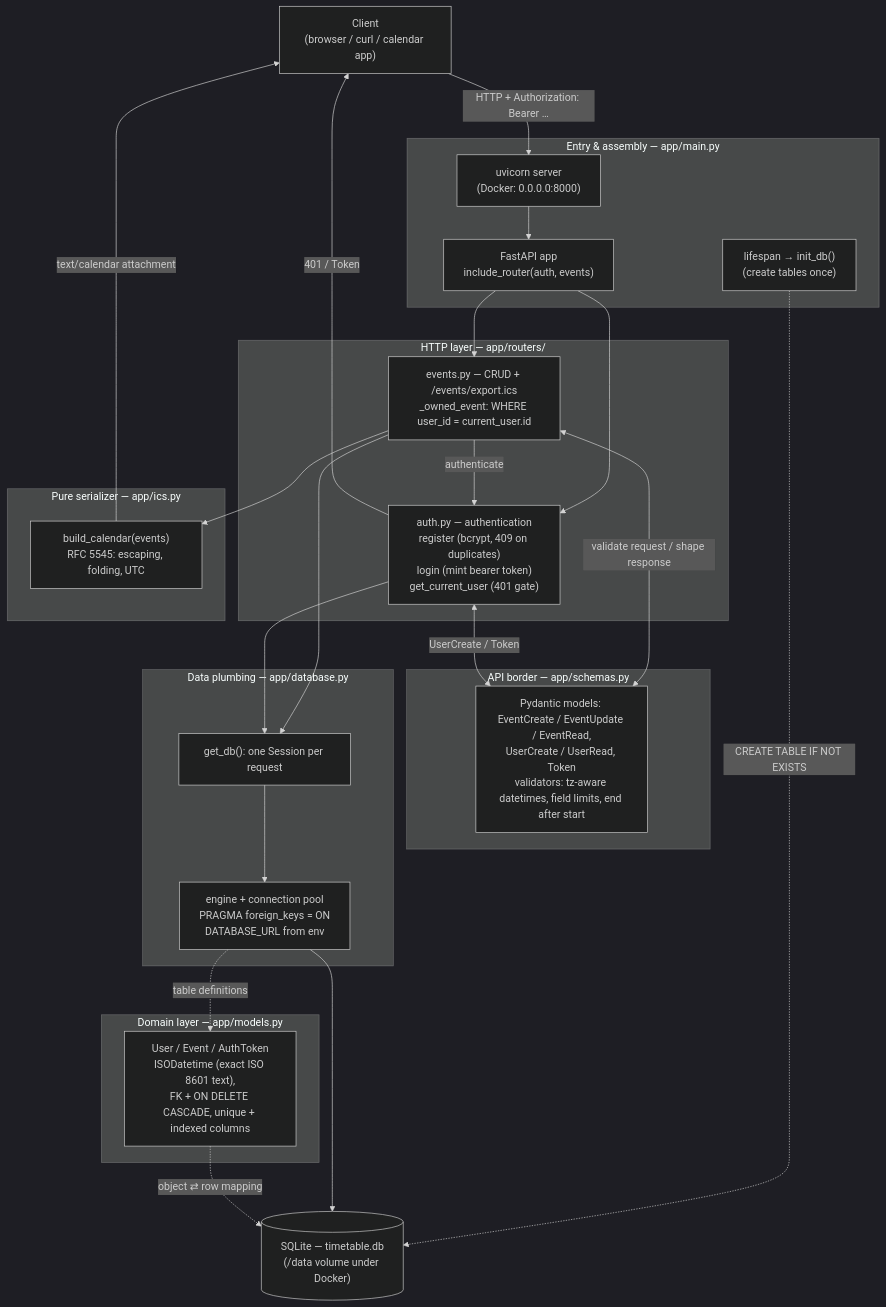
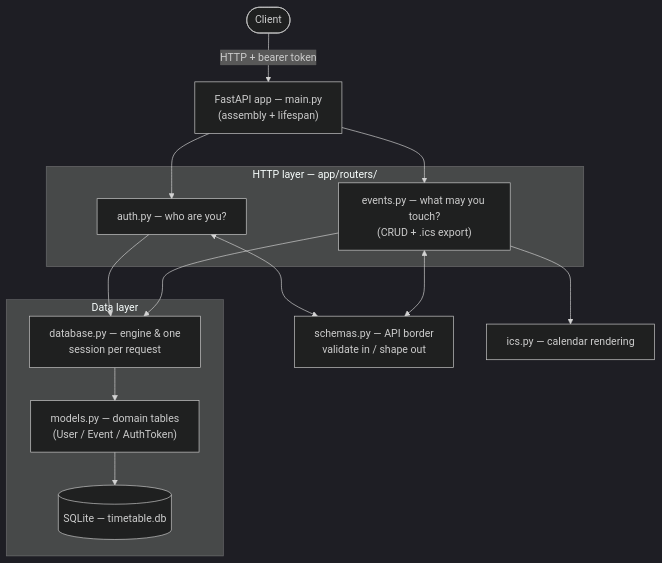
The diagram in README.md (AndyLinnn100/usthing-assessment), drawn with Mermaid (dark theme) before and after one commit. The commit also changed other lines of this file, not shown here.

Commit message:
docs: simplify architecture diagram to high-level view

````diff
--- a/README.md
+++ b/README.md
@@ -30,52 +30,28 @@
 ```mermaid
 flowchart TB
-    C["Client<br/>(browser / curl / calendar app)"]
+    C(["Client"]) -->|"HTTP + bearer token"| APP["FastAPI app — main.py<br/>(assembly + lifespan)"]
 
-    subgraph entry["Entry & assembly — app/main.py"]
-        UV["uvicorn server<br/>(Docker: 0.0.0.0:8000)"]
-        LF["lifespan → init_db()<br/>(create tables once)"]
-        APP["FastAPI app<br/>include_router(auth, events)"]
+    subgraph http["HTTP layer — app/routers/"]
+        AUTH["auth.py — who are you?"]
+        EVENTS["events.py — what may you touch?<br/>(CRUD + .ics export)"]
     end
 
-    subgraph border["API border — app/schemas.py"]
-        SC["Pydantic models: EventCreate / EventUpdate / EventRead,<br/>UserCreate / UserRead, Token<br/>validators: tz-aware datetimes, field limits, end after start"]
+    SCHEMAS["schemas.py — API border<br/>validate in / shape out"]
+    ICS["ics.py — calendar rendering"]
+
+    subgraph data["Data layer"]
+        DBP["database.py — engine & one<br/>session per request"]
+        MODELS["models.py — domain tables<br/>(User / Event / AuthToken)"]
+        DB[("SQLite — timetable.db")]
     end
 
-    subgraph routers["HTTP layer — app/routers/"]
-        AUTH["auth.py — authentication<br/>register (bcrypt, 409 on duplicates)<br/>login (mint bearer token)<br/>get_current_user (401 gate)"]
-        EV["events.py — CRUD + /events/export.ics<br/>_owned_event: WHERE user_id = current_user.id"]
-    end
-
-    subgraph pure["Pure serializer — app/ics.py"]
-        ICS["build_calendar(events)<br/>RFC 5545: escaping, folding, UTC"]
-    end
-
-    subgraph domain["Domain layer — app/models.py"]
-        MOD["User / Event / AuthToken<br/>ISODatetime (exact ISO 8601 text),<br/>FK + ON DELETE CASCADE, unique + indexed columns"]
-    end
-
-    subgraph plumbing["Data plumbing — app/database.py"]
-        GETDB["get_db(): one Session per request"]
-        ENG["engine + connection pool<br/>PRAGMA foreign_keys = ON<br/>DATABASE_URL from env"]
-    end
-
-    DB[("SQLite — timetable.db<br/>(/data volume under Docker)")]
-
-    C -->|"HTTP + Authorization: Bearer …"| UV
-    UV --> APP
-    LF -.->|"CREATE TABLE IF NOT EXISTS"| DB
     APP --> AUTH
-    APP --> EV
-    AUTH -->|"401 / Token"| C
-    EV -->|"authenticate"| AUTH
-    EV <-->|"validate request / shape response"| SC
-    AUTH <-->|"UserCreate / Token"| SC
-    EV --> ICS
-    ICS -->|"text/calendar attachment"| C
-    EV --> GETDB
-    AUTH --> GETDB
-    GETDB --> ENG
-    ENG --> DB
-    MOD -.->|"object ⇄ row mapping"| DB
-    ENG -.->|"table definitions"| MOD
+    APP --> EVENTS
+    AUTH <--> SCHEMAS
+    EVENTS <--> SCHEMAS
+    EVENTS --> ICS
+    AUTH --> DBP
+    EVENTS --> DBP
+    DBP --> MODELS
+    MODELS --> DB
 ```
````
